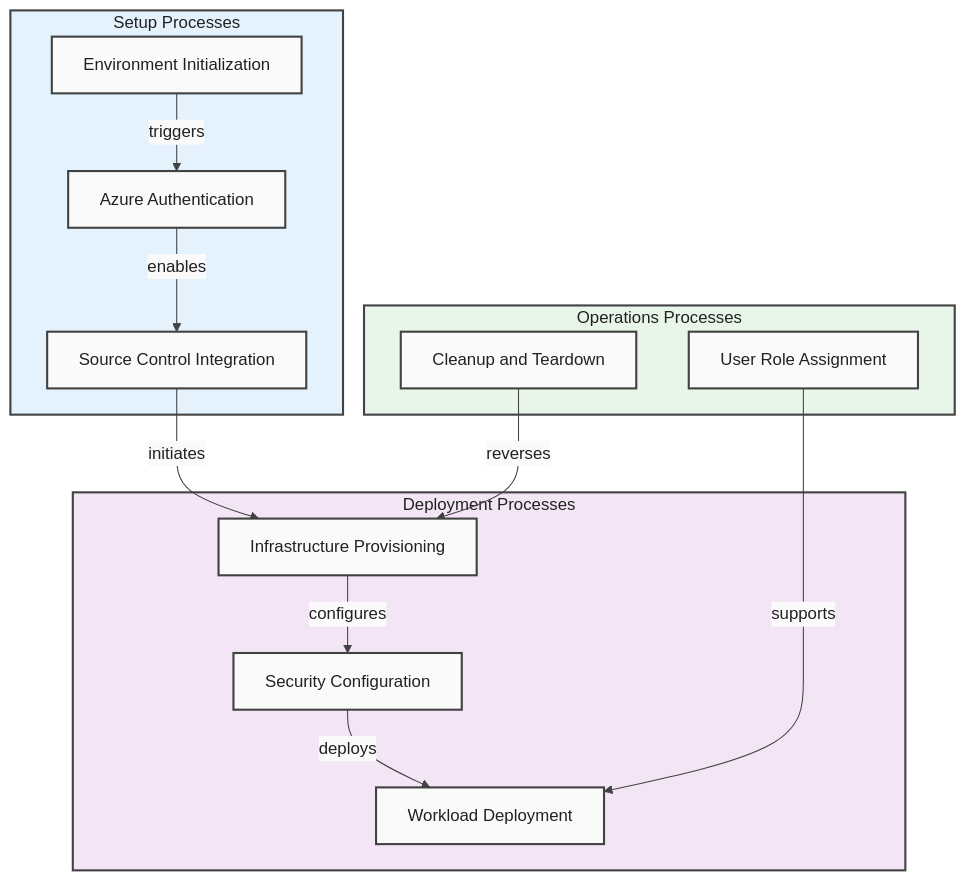
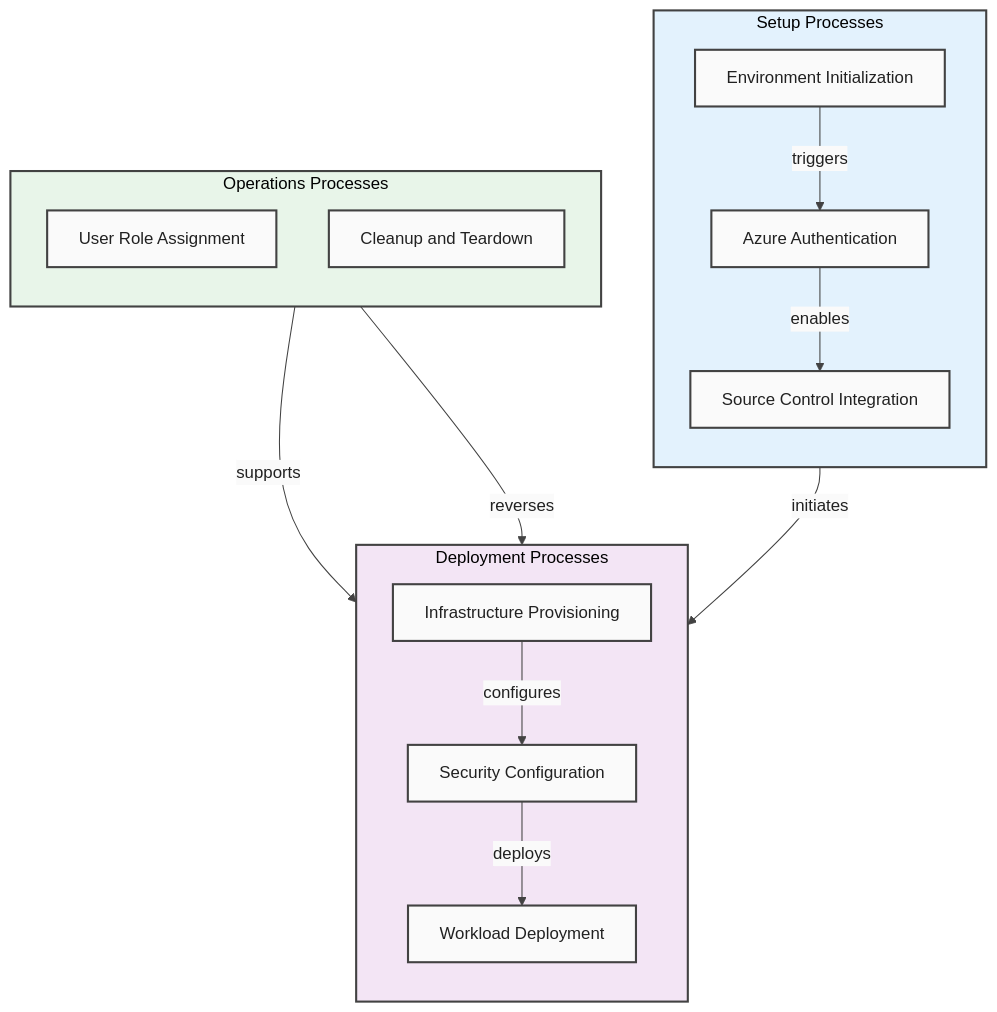
Before and after one commit to Evilazaro/DevExp-DevBox: the third of 11 diagrams in docs/architecture/Business.md, drawn with Mermaid. The commit also changed other lines of this file, not shown here.

Commit message:
docs: enhance Business Architecture document with flowchart direction and styling improvements

````diff
--- a/docs/architecture/Business.md
+++ b/docs/architecture/Business.md
@@ -388,38 +402,45 @@
 ```mermaid
 %%{init: {'theme': 'base', 'themeVariables': { 'primaryColor': '#FAFAFA', 'primaryBorderColor': '#424242', 'primaryTextColor': '#212121', 'lineColor': '#424242'}}}%%
 flowchart TB
     %% Style Definitions
     classDef default fill:#FAFAFA,stroke:#424242,stroke-width:2px,color:#212121
     classDef level1 fill:#E3F2FD,stroke:#424242,stroke-width:2px,color:#212121
     classDef level2 fill:#F3E5F5,stroke:#424242,stroke-width:2px,color:#212121
     classDef level3 fill:#E8F5E9,stroke:#424242,stroke-width:2px,color:#212121
 
     subgraph SETUP["Setup Processes"]
+        direction TB
         P1["Environment Initialization"]
         P2["Azure Authentication"]
         P3["Source Control Integration"]
     end
 
     subgraph DEPLOY["Deployment Processes"]
+        direction TB
         P4["Infrastructure Provisioning"]
         P5["Security Configuration"]
         P6["Workload Deployment"]
     end
 
     subgraph OPS["Operations Processes"]
+        direction TB
         P7["User Role Assignment"]
         P8["Cleanup and Teardown"]
     end
 
     P1 -->|"triggers"| P2
     P2 -->|"enables"| P3
     P3 -->|"initiates"| P4
     P4 -->|"configures"| P5
     P5 -->|"deploys"| P6
     P7 -->|"supports"| P6
     P8 -->|"reverses"| P4
 
     class SETUP level1
     class DEPLOY level2
     class OPS level3
+
+    style SETUP fill:#E3F2FD,stroke:#424242,stroke-width:2px
+    style DEPLOY fill:#F3E5F5,stroke:#424242,stroke-width:2px
+    style OPS fill:#E8F5E9,stroke:#424242,stroke-width:2px
 ```
````
